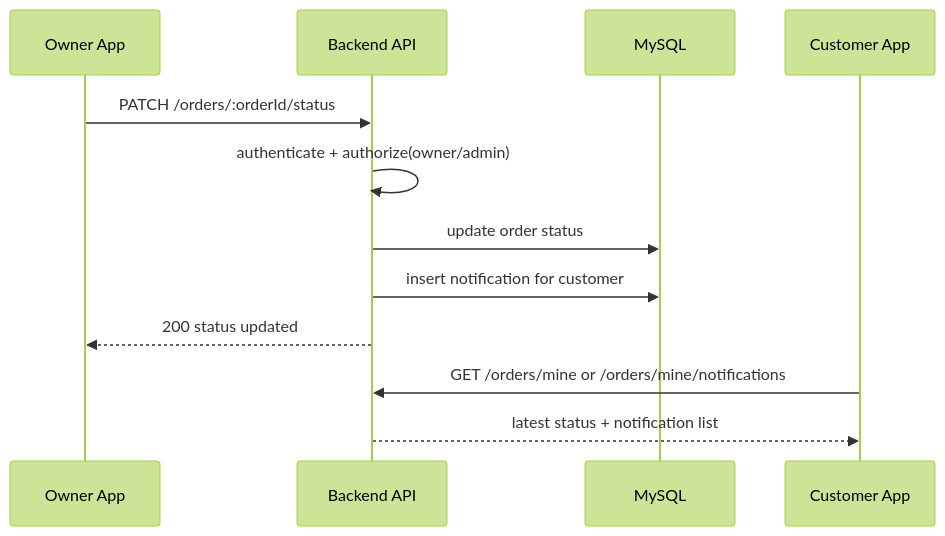
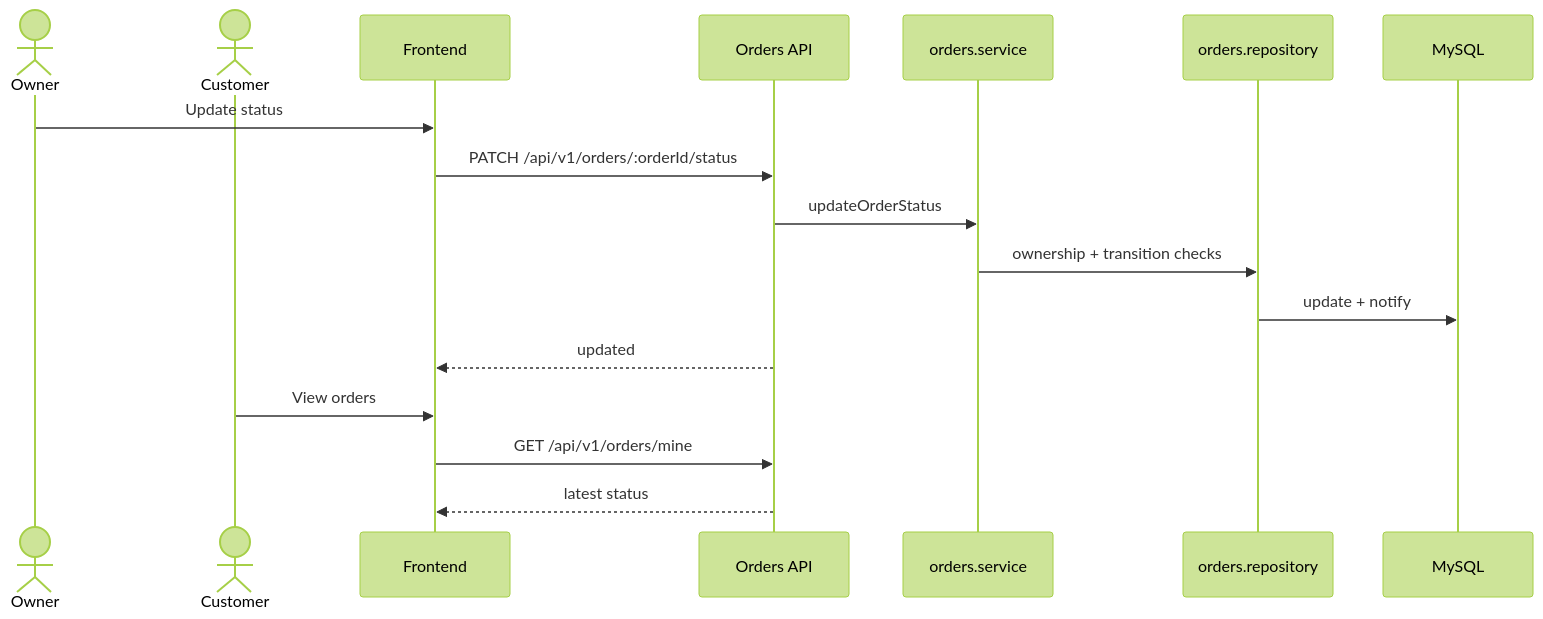
One commit to Fahd36631/foodtruck-platform changed the fourth of 6 diagrams in stage3/stage3_report.md. Above: the diagram before and after it, drawn with Mermaid (forest theme). The commit also changed other lines of this file, not shown here.

````diff
--- a/stage3/stage3_report.md
+++ b/stage3/stage3_report.md
@@ -227,15 +359,21 @@
 ```mermaid
 sequenceDiagram
-  participant O as Owner App
-  participant API as Backend API
+  actor Owner
+  actor Customer
+  participant FE as Frontend
+  participant API as Orders API
+  participant S as orders.service
+  participant R as orders.repository
   participant DB as MySQL
-  participant CU as Customer App
 
-  O->>API: PATCH /orders/:orderId/status
-  API->>API: authenticate + authorize(owner/admin)
-  API->>DB: update order status
-  API->>DB: insert notification for customer
-  API-->>O: 200 status updated
-  CU->>API: GET /orders/mine or /orders/mine/notifications
-  API-->>CU: latest status + notification list
+  Owner->>FE: Update status
+  FE->>API: PATCH /api/v1/orders/:orderId/status
+  API->>S: updateOrderStatus
+  S->>R: ownership + transition checks
+  R->>DB: update + notify
+  API-->>FE: updated
+
+  Customer->>FE: View orders
+  FE->>API: GET /api/v1/orders/mine
+  API-->>FE: latest status
 ```
````
